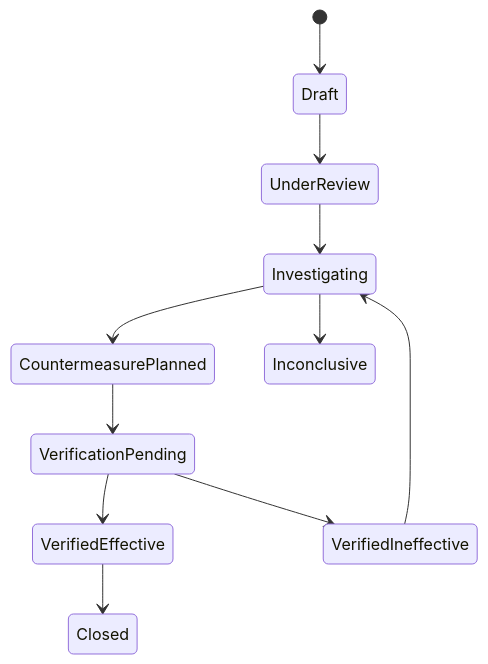
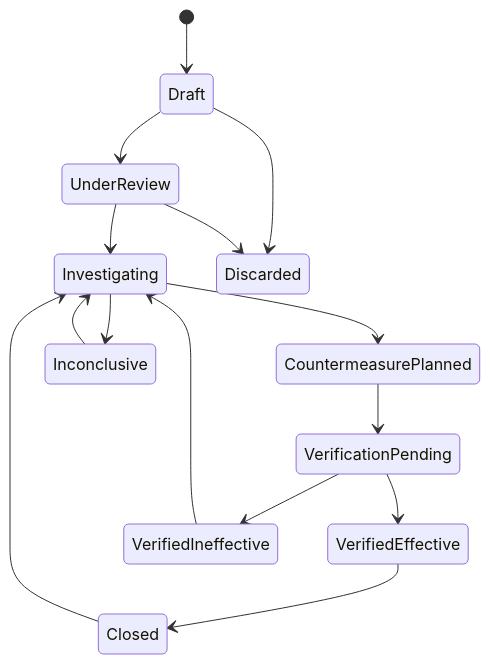
Before and after one commit to RBeno/tag-trace: the diagram in docs/INCIDENTS_REPORTING.md, drawn with Mermaid. The commit also changed other lines of this file and 66 other files, not shown here.

````diff
--- a/docs/INCIDENTS_REPORTING.md
+++ b/docs/INCIDENTS_REPORTING.md
@@ -78,13 +109,17 @@
 ```mermaid
 stateDiagram-v2
   [*] --> Draft
   Draft --> UnderReview
   UnderReview --> Investigating
   Investigating --> CountermeasurePlanned
   CountermeasurePlanned --> VerificationPending
   VerificationPending --> VerifiedEffective
   VerificationPending --> VerifiedIneffective
   Investigating --> Inconclusive
   VerifiedEffective --> Closed
   VerifiedIneffective --> Investigating
+  Draft --> Discarded
+  UnderReview --> Discarded
+  Closed --> Investigating
+  Inconclusive --> Investigating
 ```
````
